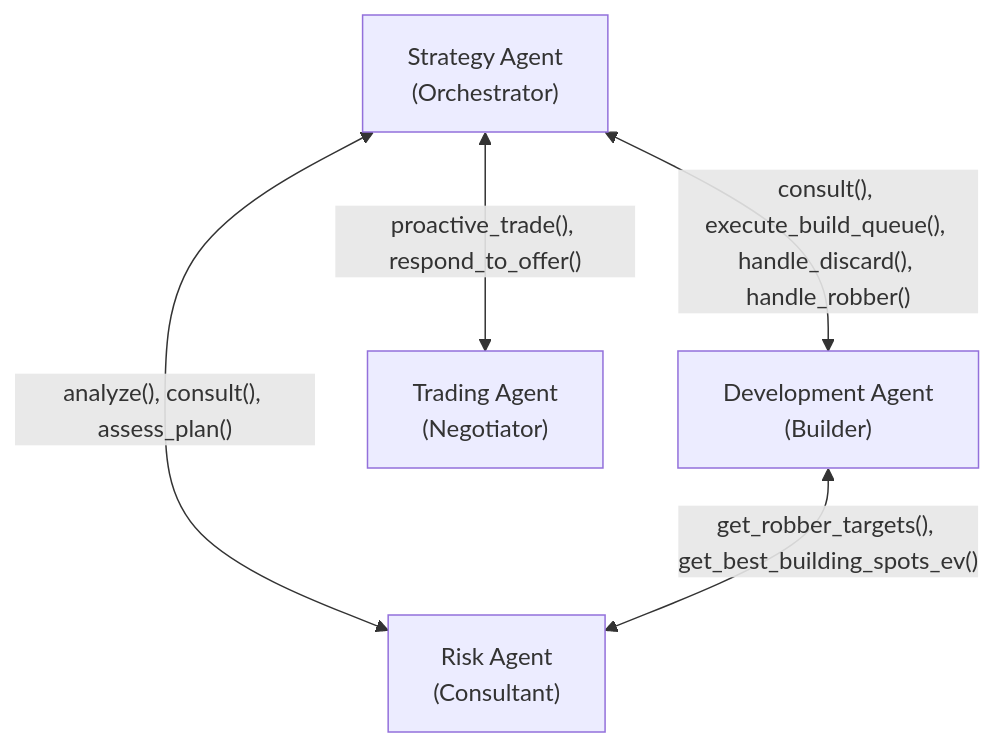
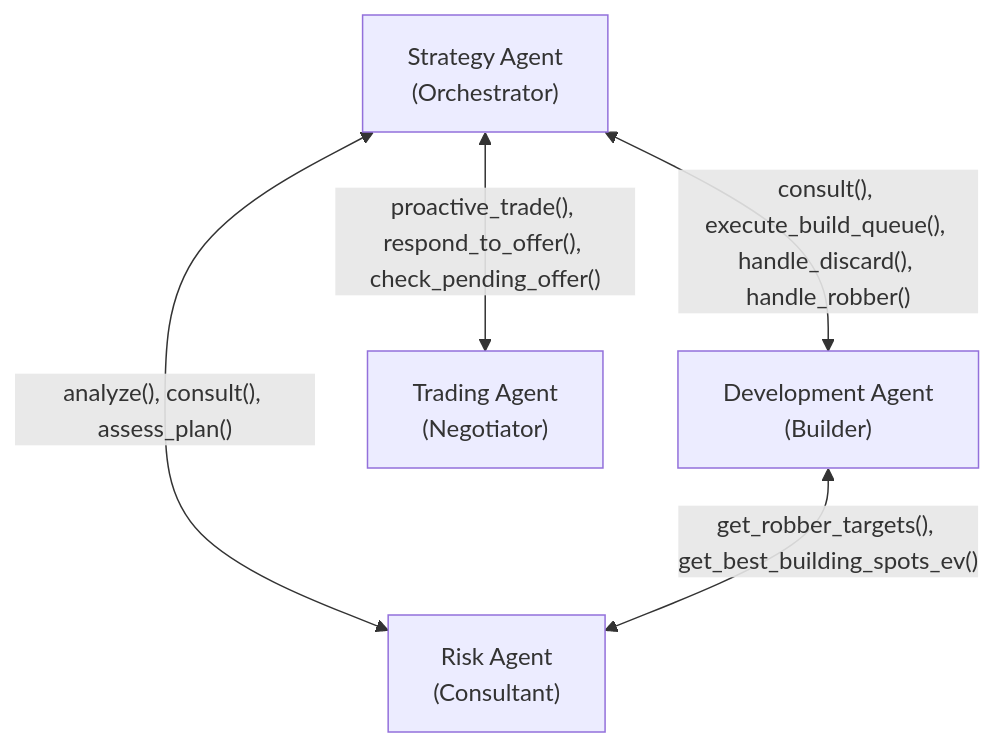
The first of 3 diagrams in Agents.md (DhrvM/CatanAgent), drawn with Mermaid before and after one commit. The commit also changed other lines of this file and 11 other files, not shown here.

````diff
--- a/Agents.md
+++ b/Agents.md
@@ -60,12 +60,12 @@
 ```mermaid
 graph TD
     S["Strategy Agent<br/>(Orchestrator)"]
     R["Risk Agent<br/>(Consultant)"]
     D["Development Agent<br/>(Builder)"]
     T["Trading Agent<br/>(Negotiator)"]
 
     S <-->|"analyze(), consult(), assess_plan()"| R
     S <-->|"consult(), execute_build_queue(), handle_discard(), handle_robber()"| D
-    S <-->|"proactive_trade(), respond_to_offer()"| T
+    S <-->|"proactive_trade(), respond_to_offer(), check_pending_offer()"| T
     D <-->|"get_robber_targets(), get_best_building_spots_ev()"| R
 ```
````
